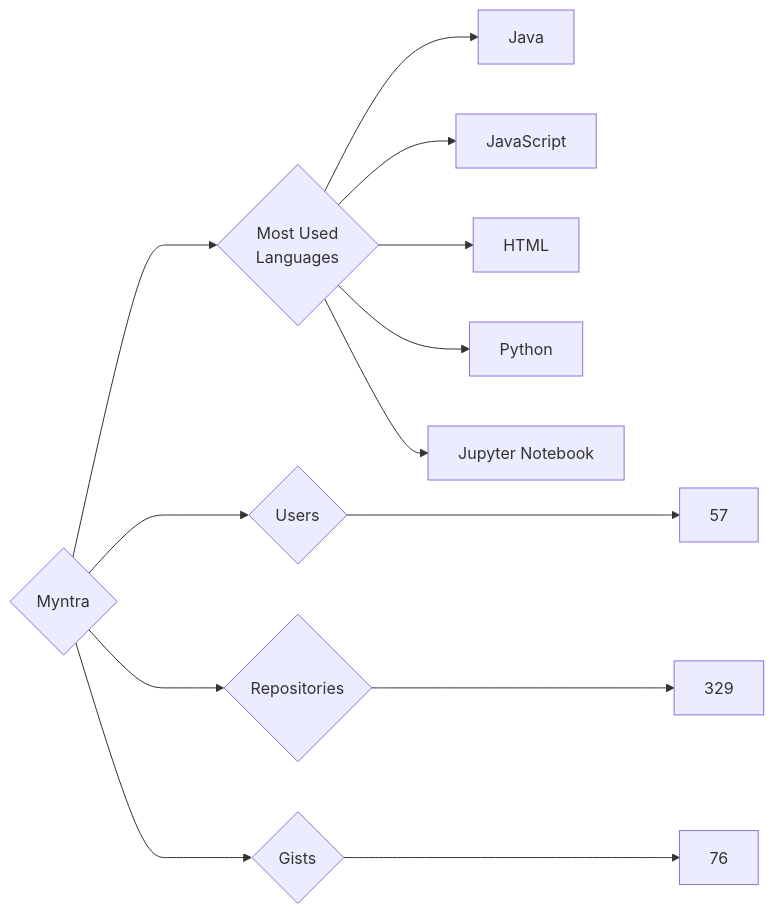
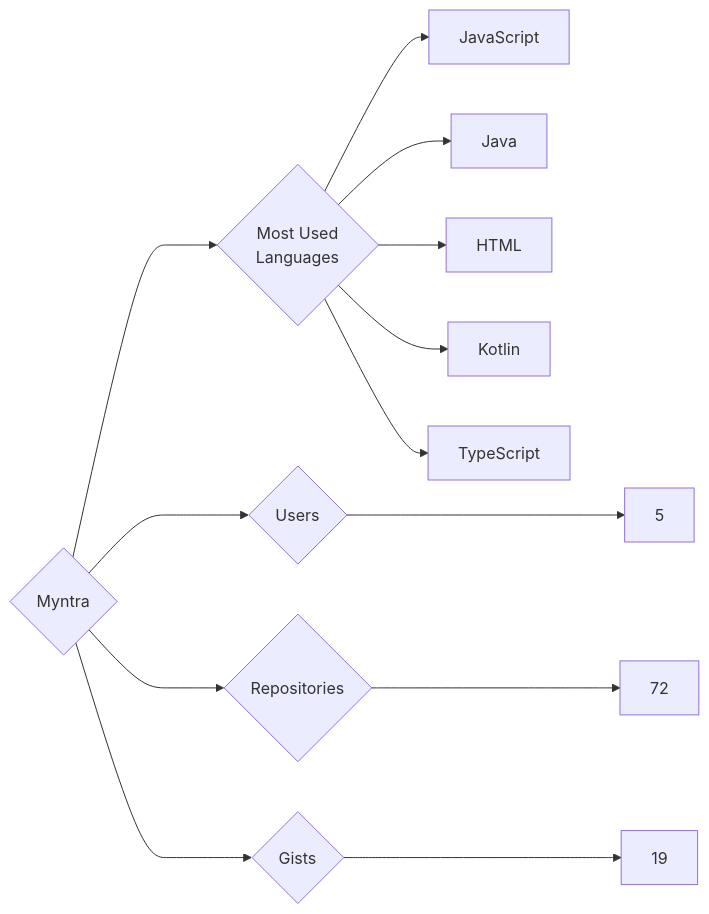
One commit to trickest/insiders changed the diagram in targets/Myntra/README.md. Above: the diagram before and after it, drawn with Mermaid. The commit also changed 444 other files, not shown here.

````diff
--- a/targets/Myntra/README.md
+++ b/targets/Myntra/README.md
@@ -3,13 +3,13 @@
 ```mermaid
 graph LR
 COMPANY_NAME{Myntra}
-COMPANY_NAME ---> U{Users} ---> UN[57]
-COMPANY_NAME ---> R{Repositories} ---> RN[329]
-COMPANY_NAME ---> G{Gists} ---> GN[76]
+COMPANY_NAME ---> U{Users} ---> UN[5]
+COMPANY_NAME ---> R{Repositories} ---> RN[72]
+COMPANY_NAME ---> G{Gists} ---> GN[19]
 COMPANY_NAME ---> ML{Most Used<br>Languages}
+ML --> JavaScript[JavaScript]
 ML --> Java[Java]
-ML --> JavaScript[JavaScript]
 ML --> HTML[HTML]
-ML --> Python[Python]
-ML --> Jupyter_Notebook[Jupyter Notebook]
+ML --> Kotlin[Kotlin]
+ML --> TypeScript[TypeScript]
 ```
````
